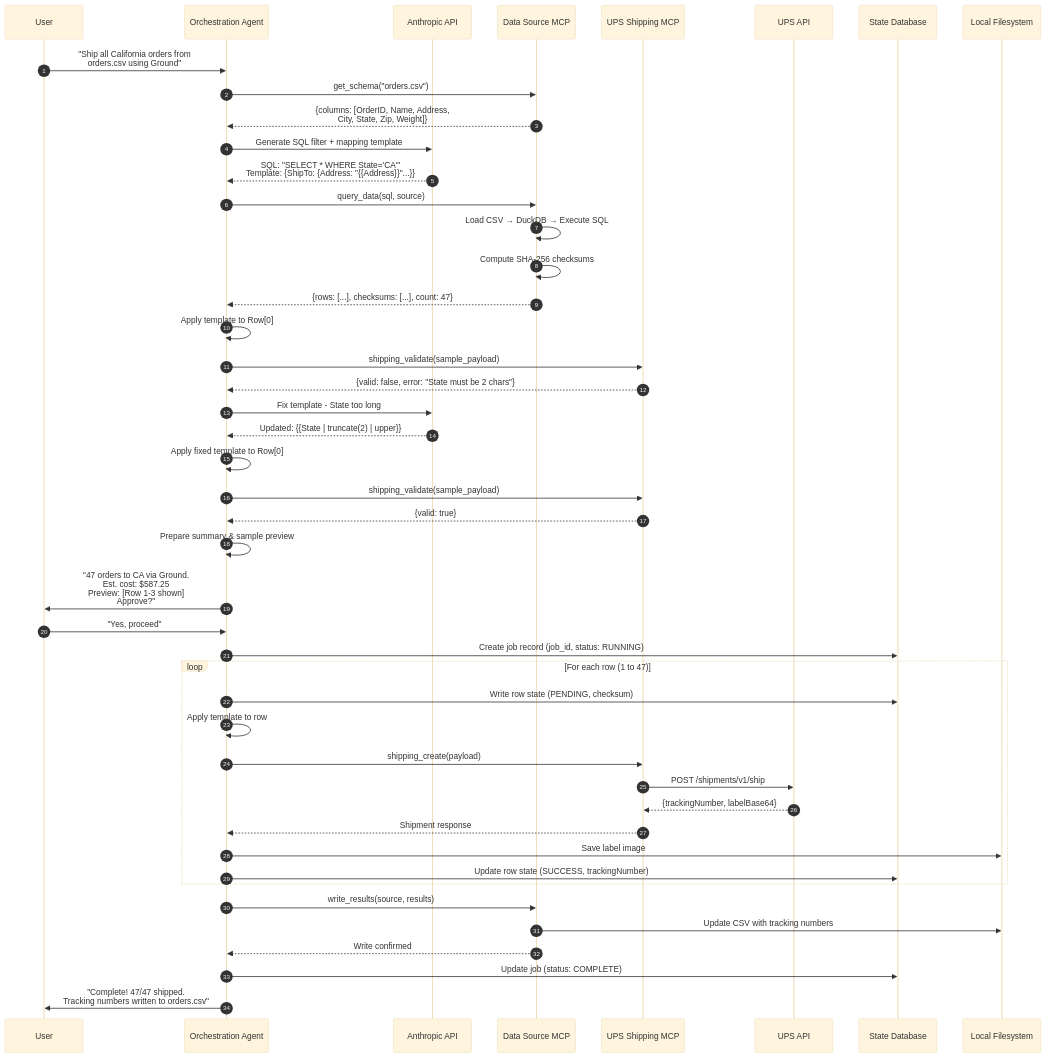
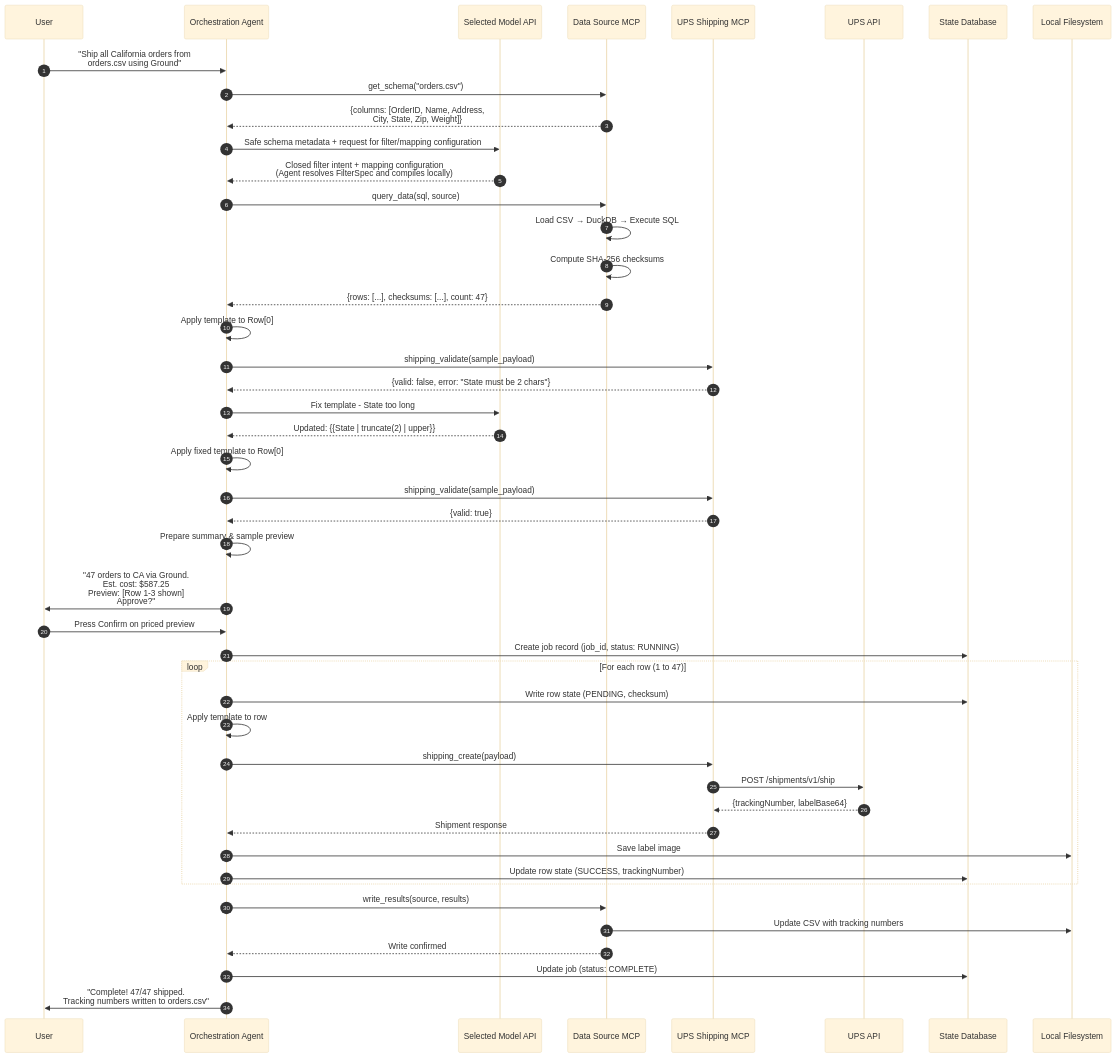
The seventh of 7 diagrams in docs/architecture.md (matt-hans/ShipAgent), drawn with Mermaid (base theme) before and after one commit. The commit also changed other lines of this file and 4 other files, not shown here.

````diff
--- a/docs/architecture.md
+++ b/docs/architecture.md
@@ -443,66 +458,66 @@
 ```mermaid
 sequenceDiagram
     autonumber
     participant User
     participant Agent as Orchestration Agent
-    participant LLM as Anthropic API
+    participant LLM as Selected Model API
     participant Data as Data Source MCP
     participant UPS_MCP as UPS Shipping MCP
     participant UPS as UPS API
     participant DB as State Database
     participant FS as Local Filesystem
 
     %% Phase 1: Discovery
     User->>Agent: "Ship all California orders from<br/>orders.csv using Ground"
     
     Agent->>Data: get_schema("orders.csv")
     Data-->>Agent: {columns: [OrderID, Name, Address,<br/>City, State, Zip, Weight]}
     
-    Agent->>LLM: Generate SQL filter + mapping template
-    LLM-->>Agent: SQL: "SELECT * WHERE State='CA'"<br/>Template: {ShipTo: {Address: "{{Address}}"...}}
+    Agent->>LLM: Safe schema metadata + request for filter/mapping configuration
+    LLM-->>Agent: Closed filter intent + mapping configuration<br/>(Agent resolves FilterSpec and compiles locally)
 
     %% Phase 2: Data Extraction
     Agent->>Data: query_data(sql, source)
     Data->>Data: Load CSV → DuckDB → Execute SQL
     Data->>Data: Compute SHA-256 checksums
     Data-->>Agent: {rows: [...], checksums: [...], count: 47}
 
     %% Phase 3: Dry Run with Self-Correction
     Agent->>Agent: Apply template to Row[0]
     Agent->>UPS_MCP: shipping_validate(sample_payload)
     UPS_MCP-->>Agent: {valid: false, error: "State must be 2 chars"}
     
     Agent->>LLM: Fix template - State too long
     LLM-->>Agent: Updated: {{State | truncate(2) | upper}}
     
     Agent->>Agent: Apply fixed template to Row[0]
     Agent->>UPS_MCP: shipping_validate(sample_payload)
     UPS_MCP-->>Agent: {valid: true}
 
     %% Phase 4: Approval Gate
     Agent->>Agent: Prepare summary & sample preview
     Agent->>User: "47 orders to CA via Ground.<br/>Est. cost: $587.25<br/>Preview: [Row 1-3 shown]<br/>Approve?"
-    User->>Agent: "Yes, proceed"
+    User->>Agent: Press Confirm on priced preview
 
     %% Phase 5: Deterministic Execution Loop
     Agent->>DB: Create job record (job_id, status: RUNNING)
     
     loop For each row (1 to 47)
         Agent->>DB: Write row state (PENDING, checksum)
         Agent->>Agent: Apply template to row
         Agent->>UPS_MCP: shipping_create(payload)
         UPS_MCP->>UPS: POST /shipments/v1/ship
         UPS-->>UPS_MCP: {trackingNumber, labelBase64}
         UPS_MCP-->>Agent: Shipment response
         Agent->>FS: Save label image
         Agent->>DB: Update row state (SUCCESS, trackingNumber)
     end
 
     %% Phase 6: Write-Back & Completion
     Agent->>Data: write_results(source, results)
     Data->>FS: Update CSV with tracking numbers
     Data-->>Agent: Write confirmed
     
     Agent->>DB: Update job (status: COMPLETE)
     Agent->>User: "Complete! 47/47 shipped.<br/>Tracking numbers written to orders.csv"
 ```
````
